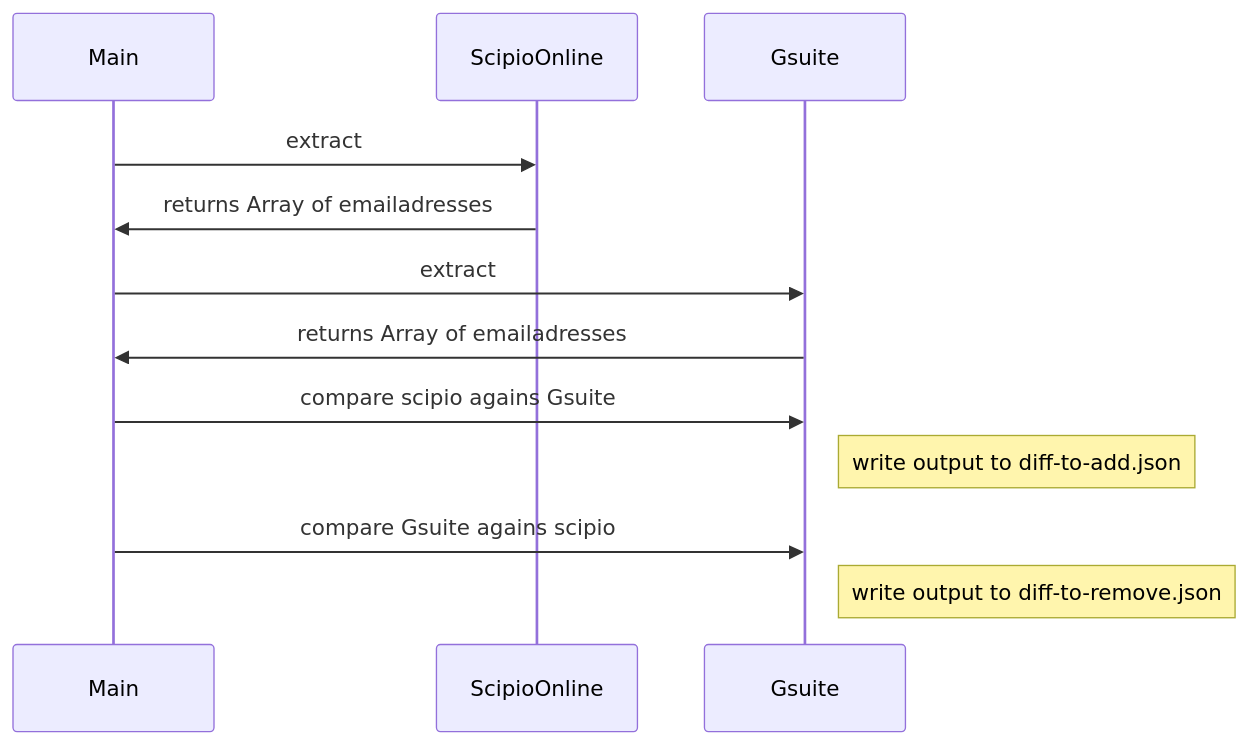
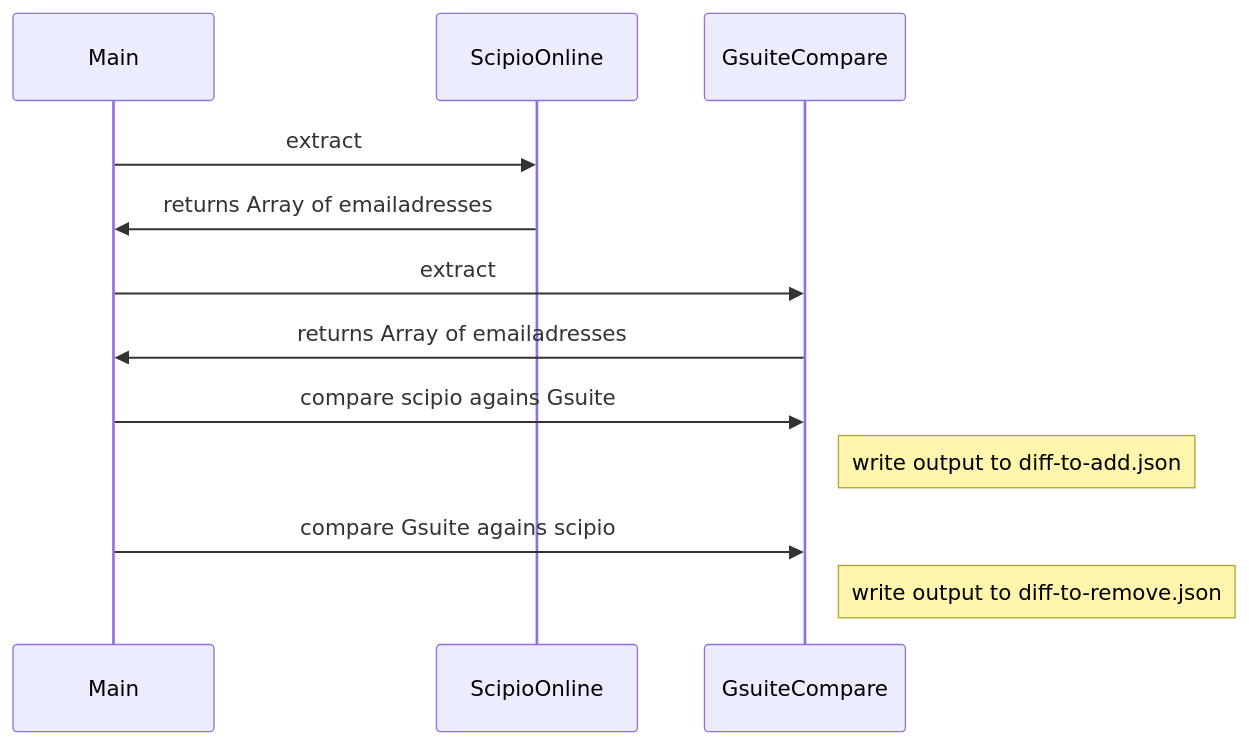
One commit to martdegraaf/scipio-sync changed the diagram in readme.md. Above: the diagram before and after it, drawn with Mermaid.

Commit message:
Gsuite => GsuiteCompare

````diff
--- a/readme.md
+++ b/readme.md
@@ -38,13 +38,13 @@
 ``` mermaid
 sequenceDiagram
 
     Main->>ScipioOnline: extract
     ScipioOnline->>Main: returns Array of emailadresses
-    Main->>Gsuite: extract
-    Gsuite->>Main: returns Array of emailadresses
+    Main->>GsuiteCompare: extract
+    GsuiteCompare->>Main: returns Array of emailadresses
     
-    Main->>Gsuite: compare scipio agains Gsuite
-    Note right of Gsuite: write output to diff-to-add.json
-    Main->>Gsuite: compare Gsuite agains scipio
-    Note right of Gsuite: write output to diff-to-remove.json
+    Main->>GsuiteCompare: compare scipio agains Gsuite
+    Note right of GsuiteCompare: write output to diff-to-add.json
+    Main->>GsuiteCompare: compare Gsuite agains scipio
+    Note right of GsuiteCompare: write output to diff-to-remove.json
 ```
````
